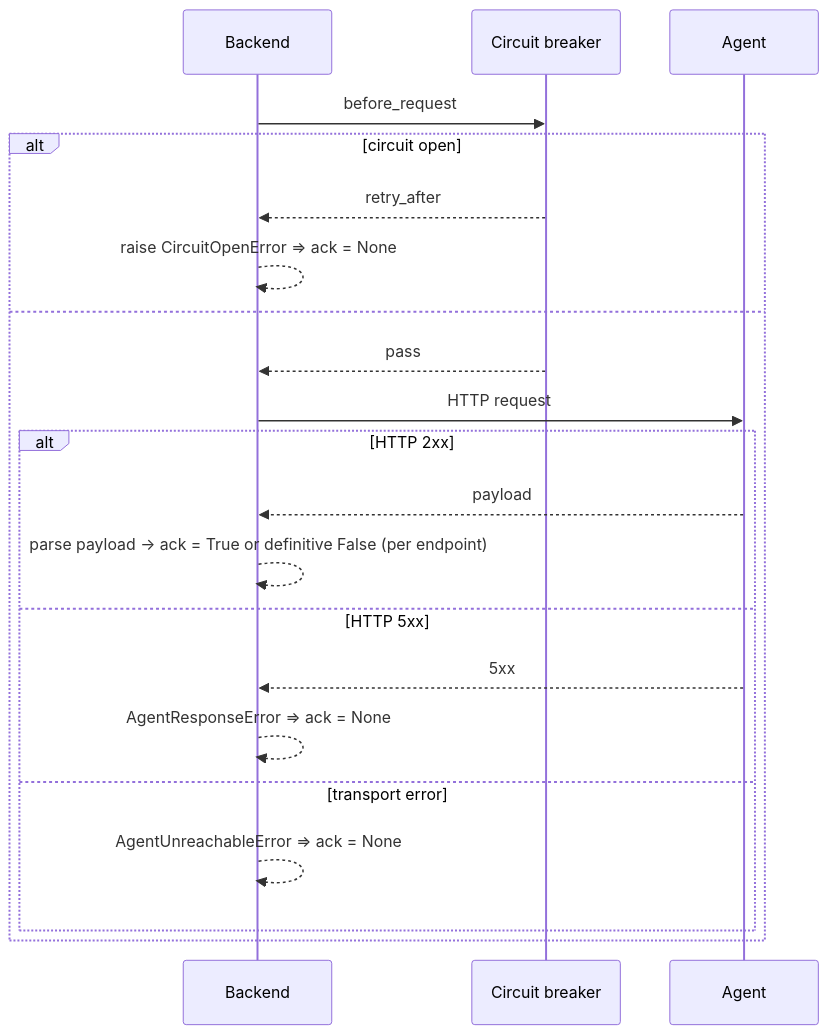
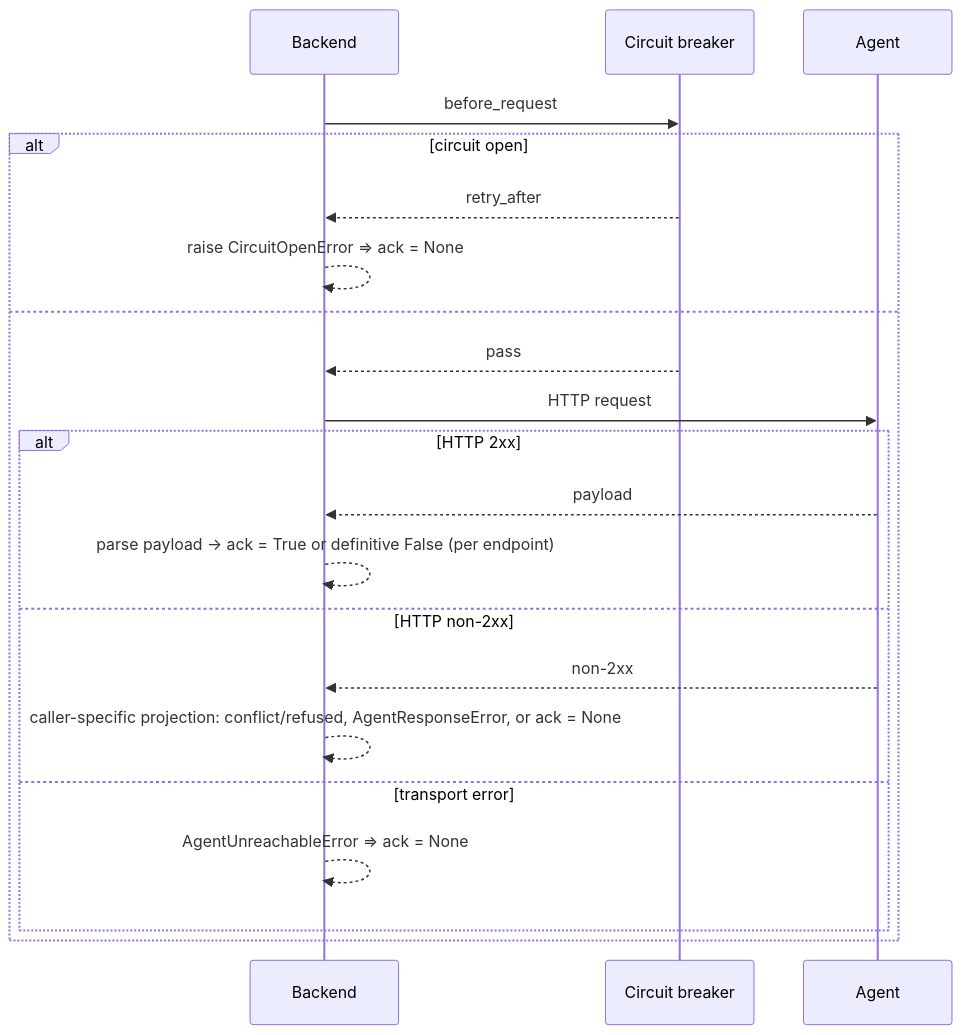
One commit to quidow/gridfleet changed the third of 3 diagrams in docs/design/04-backend-agent-contract.md. Above: the diagram before and after it, drawn with Mermaid. The commit also changed other lines of this file and 5 other files, not shown here.

Commit message:
docs(docs): fix design mermaid diagrams

````diff
--- a/docs/design/04-backend-agent-contract.md
+++ b/docs/design/04-backend-agent-contract.md
@@ -162,23 +163,23 @@
 ```mermaid
 sequenceDiagram
     participant Mgr as Backend
     participant Br as Circuit breaker
     participant Ag as Agent
     Mgr->>Br: before_request
     alt circuit open
         Br-->>Mgr: retry_after
         Mgr-->>Mgr: raise CircuitOpenError ⇒ ack = None
     else
         Br-->>Mgr: pass
         Mgr->>Ag: HTTP request
         alt HTTP 2xx
             Ag-->>Mgr: payload
             Mgr-->>Mgr: parse payload → ack = True or definitive False (per endpoint)
-        else HTTP 5xx
-            Ag-->>Mgr: 5xx
-            Mgr-->>Mgr: AgentResponseError ⇒ ack = None
+        else HTTP non-2xx
+            Ag-->>Mgr: non-2xx
+            Mgr-->>Mgr: caller-specific projection: conflict/refused, AgentResponseError, or ack = None
         else transport error
             Mgr-->>Mgr: AgentUnreachableError ⇒ ack = None
         end
     end
 ```
````
